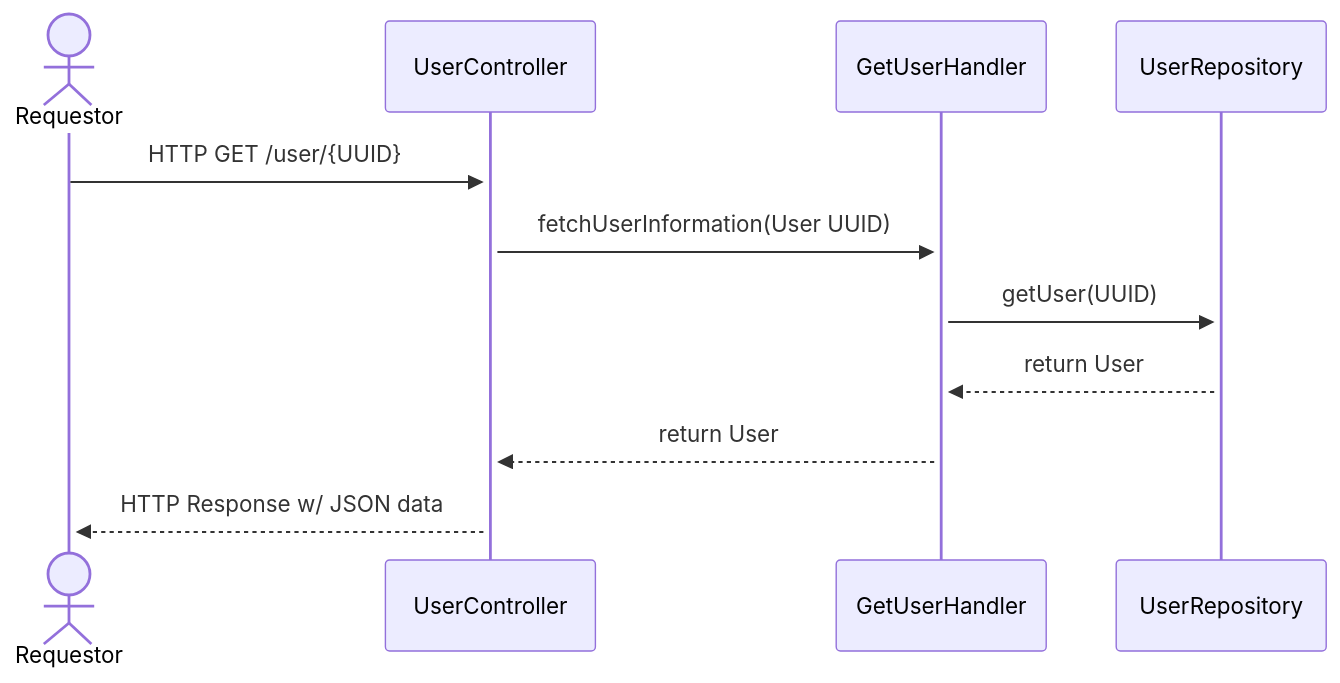
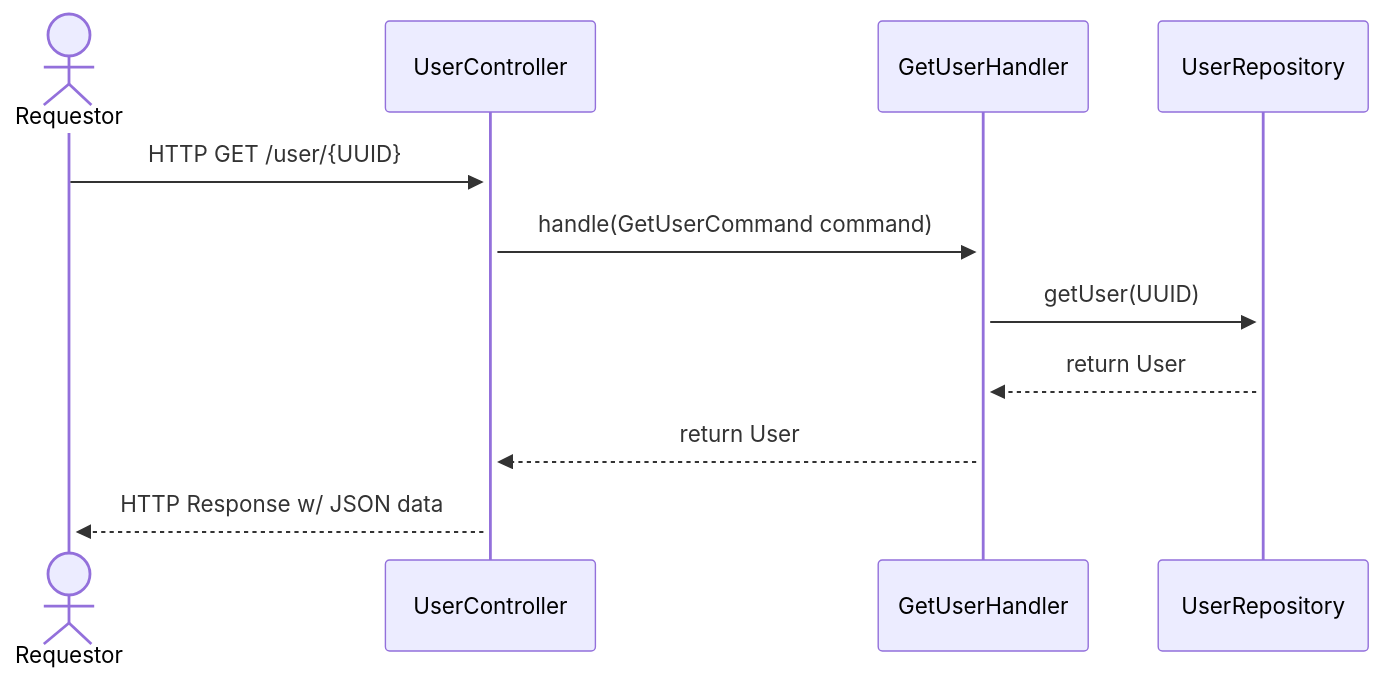
The first of 7 diagrams in docs/pages/design/sequenceDiagrams.md (patrickSlaine/Java-Cloud-Storage), drawn with Mermaid before and after one commit. The commit also changed other lines of this file, not shown here.

Commit message:
Sequence Diagrams

````diff
--- a/docs/pages/design/sequenceDiagrams.md
+++ b/docs/pages/design/sequenceDiagrams.md
@@ -11,10 +11,10 @@
 ```mermaid
 sequenceDiagram
     actor Requestor
     Requestor ->>+ UserController: HTTP GET /user/{UUID}
-    UserController->>+GetUserHandler: fetchUserInformation(User UUID)
+    UserController->>+GetUserHandler: handle(GetUserCommand command)
     GetUserHandler ->>+ UserRepository: getUser(UUID)
     UserRepository -->>+ GetUserHandler: return User
     GetUserHandler -->>+ UserController: return User
     UserController -->>+ Requestor: HTTP Response w/ JSON data
 ```
````
